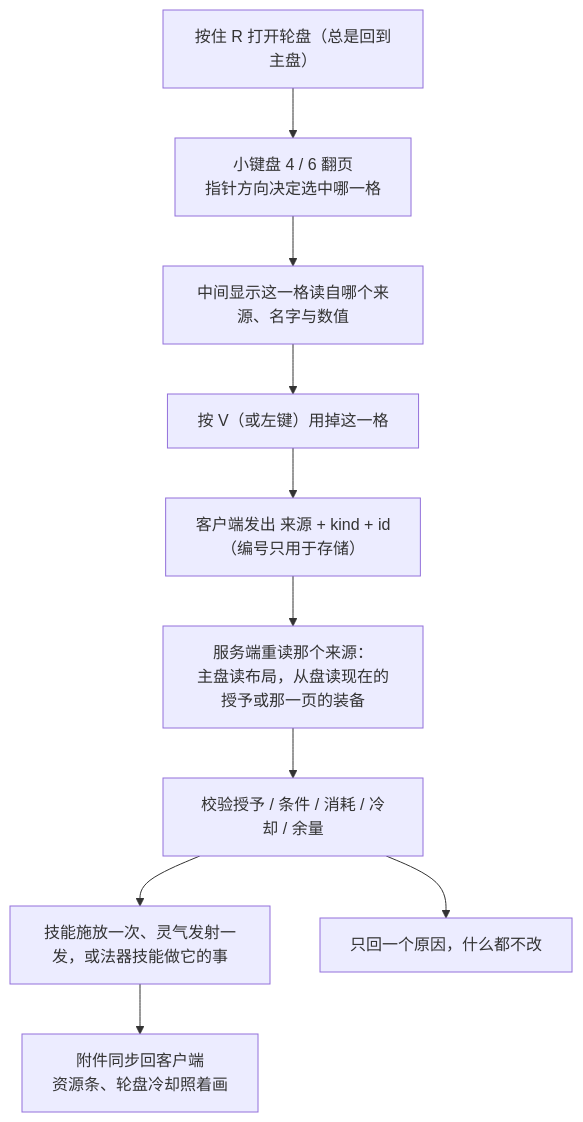
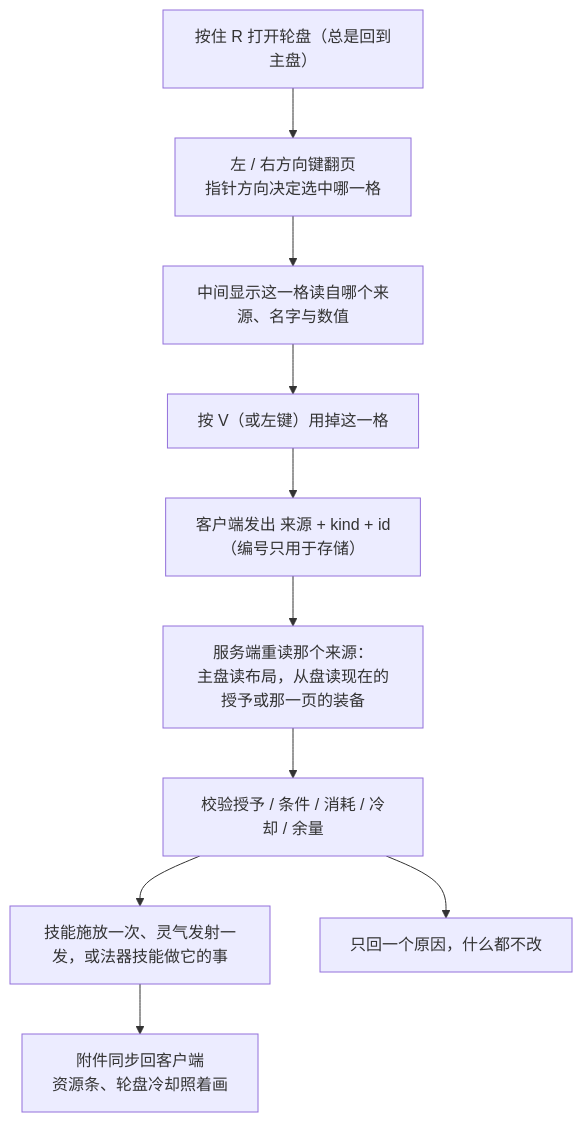
The diagram in docs/player-guide/keys-and-hud.md (IAFEnvoy/mxt-docs), drawn with Mermaid before and after one commit. The commit also changed other lines of this file and 136 other files, not shown here.

````diff
--- a/docs/player-guide/keys-and-hud.md
+++ b/docs/player-guide/keys-and-hud.md
@@ -65,12 +65,12 @@
 ```mermaid
 flowchart TD
-    A["按住 R 打开轮盘（总是回到主盘）"] --> B["小键盘 4 / 6 翻页<br/>指针方向决定选中哪一格"]
+    A["按住 R 打开轮盘（总是回到主盘）"] --> B["左 / 右方向键翻页<br/>指针方向决定选中哪一格"]
     B --> C["中间显示这一格读自哪个来源、名字与数值"]
     C --> D["按 V（或左键）用掉这一格"]
     D --> E["客户端发出 来源 + kind + id<br/>（编号只用于存储）"]
     E --> F0["服务端重读那个来源：<br/>主盘读布局，从盘读现在的授予或那一页的装备"]
     F0 --> F["校验授予 / 条件 / 消耗 / 冷却 / 余量"]
     F --> G["技能施放一次、灵气发射一发，或法器技能做它的事"]
     F --> H["只回一个原因，什么都不改"]
     G --> I["附件同步回客户端<br/>资源条、轮盘冷却照着画"]
 ```
````
